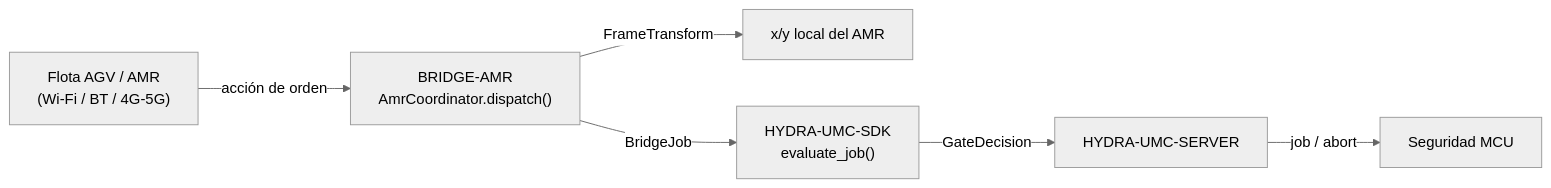
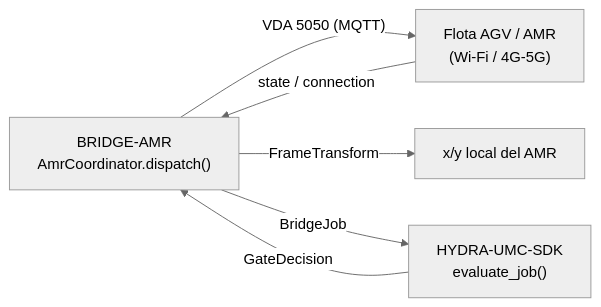
The diagram in README_spa.md (JuanenRac/HYDRA-UMC-BRIDGE-AMR), drawn with Mermaid (neutral theme) before and after one commit. The commit also changed other lines of this file and 22 other files, not shown here.

Commit message:
Send VDA 5050 action names, give the MQTT client an id and wait for the broker, add the state/connection observer and keep orders valid JSON (0.1.1)

````diff
--- a/README_spa.md
+++ b/README_spa.md
@@ -50,8 +51,8 @@
 ```mermaid
 flowchart LR
-    AMR["Flota AGV / AMR<br/>(Wi-Fi / BT / 4G-5G)"] -- "acción de orden" --> BRIDGE["BRIDGE-AMR<br/>AmrCoordinator.dispatch()"]
+    BRIDGE["BRIDGE-AMR<br/>AmrCoordinator.dispatch()"] -- "VDA 5050 (MQTT)" --> AMR["Flota AGV / AMR<br/>(Wi-Fi / 4G-5G)"]
+    AMR -- "state / connection" --> BRIDGE
     BRIDGE -- "FrameTransform" --> LOCAL["x/y local del AMR"]
     BRIDGE -- BridgeJob --> SDK["HYDRA-UMC-SDK<br/>evaluate_job()"]
-    SDK -- GateDecision --> SERVER["HYDRA-UMC-SERVER"]
-    SERVER -- "job / abort" --> MCU["Seguridad MCU"]
+    SDK -- GateDecision --> BRIDGE
 ```
````
